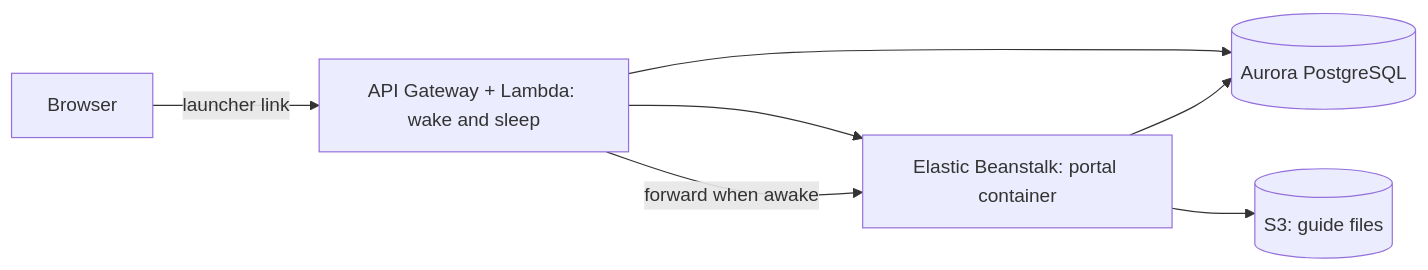
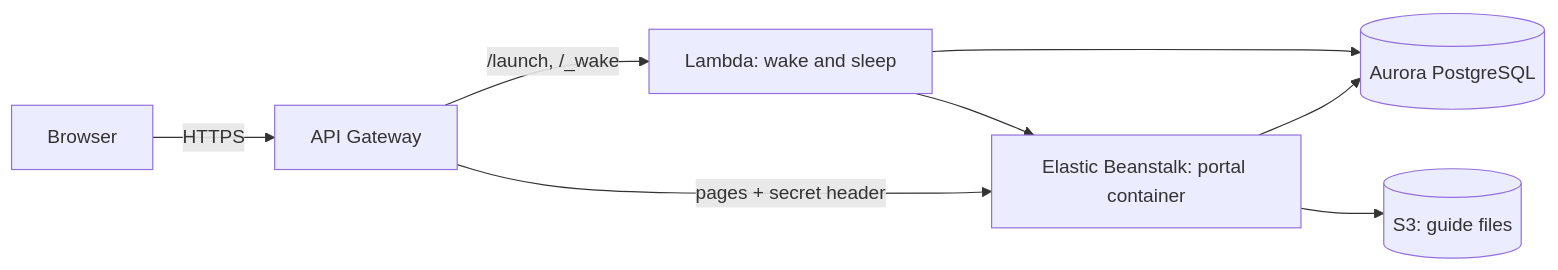
One commit to EpistemeHobo/black-cloud-portal changed the first of 2 diagrams in docs/architecture.md. Above: the diagram before and after it, drawn with Mermaid. The commit also changed other lines of this file and 16 other files, not shown here.

````diff
--- a/docs/architecture.md
+++ b/docs/architecture.md
@@ -13,9 +13,10 @@
 ```mermaid
 flowchart LR
-    User[Browser] -->|launcher link| Fn[API Gateway + Lambda: wake and sleep]
-    Fn -->|forward when awake| EB[Elastic Beanstalk: portal container]
+    User[Browser] -->|HTTPS| API[API Gateway]
+    API -->|pages + secret header| EB[Elastic Beanstalk: portal container]
+    API -->|/launch, /_wake| Fn[Lambda: wake and sleep]
     EB --> Aurora[(Aurora PostgreSQL)]
     EB --> S3[(S3: guide files)]
     Fn --> Aurora
     Fn --> EB
 ```
````
